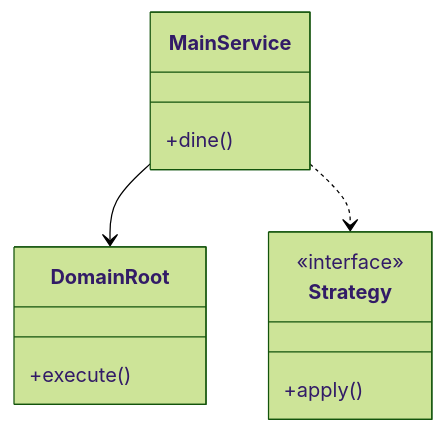
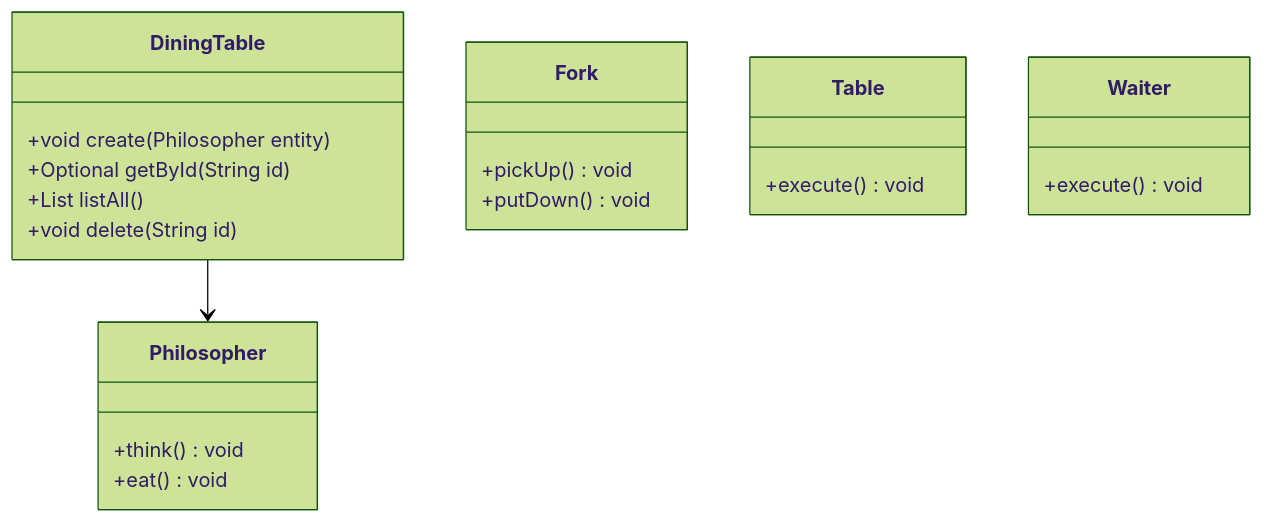
One commit to madhupaila/Interview-Prep-SSE changed the first of 3 diagrams in Learn/System Design - Low Level Design/04-concurrency-lld/questions/Q05-dining-philosophers.md. Above: the diagram before and after it, drawn with Mermaid (forest theme). The commit also changed other lines of this file and 491 other files, not shown here.

````diff
--- a/Learn/System Design - Low Level Design/04-concurrency-lld/questions/Q05-dining-philosophers.md
+++ b/Learn/System Design - Low Level Design/04-concurrency-lld/questions/Q05-dining-philosophers.md
@@ -72,15 +91,24 @@
 ```mermaid
 classDiagram
-    class MainService {
-        +dine()
+    class DiningTable {
+        +void create(Philosopher entity)
+        +Optional<Philosopher> getById(String id)
+        +List<Philosopher> listAll()
+        +void delete(String id)
     }
-    class DomainRoot {
-        +execute()
+    class Philosopher {
+        +think() void
+        +eat() void
     }
-    class Strategy {
-        <<interface>>
-        +apply()
+    class Fork {
+        +pickUp() void
+        +putDown() void
     }
-    MainService --> DomainRoot
-    MainService ..> Strategy
+    class Table {
+        +execute() void
+    }
+    class Waiter {
+        +execute() void
+    }
+    DiningTable --> Philosopher
 ```
````
